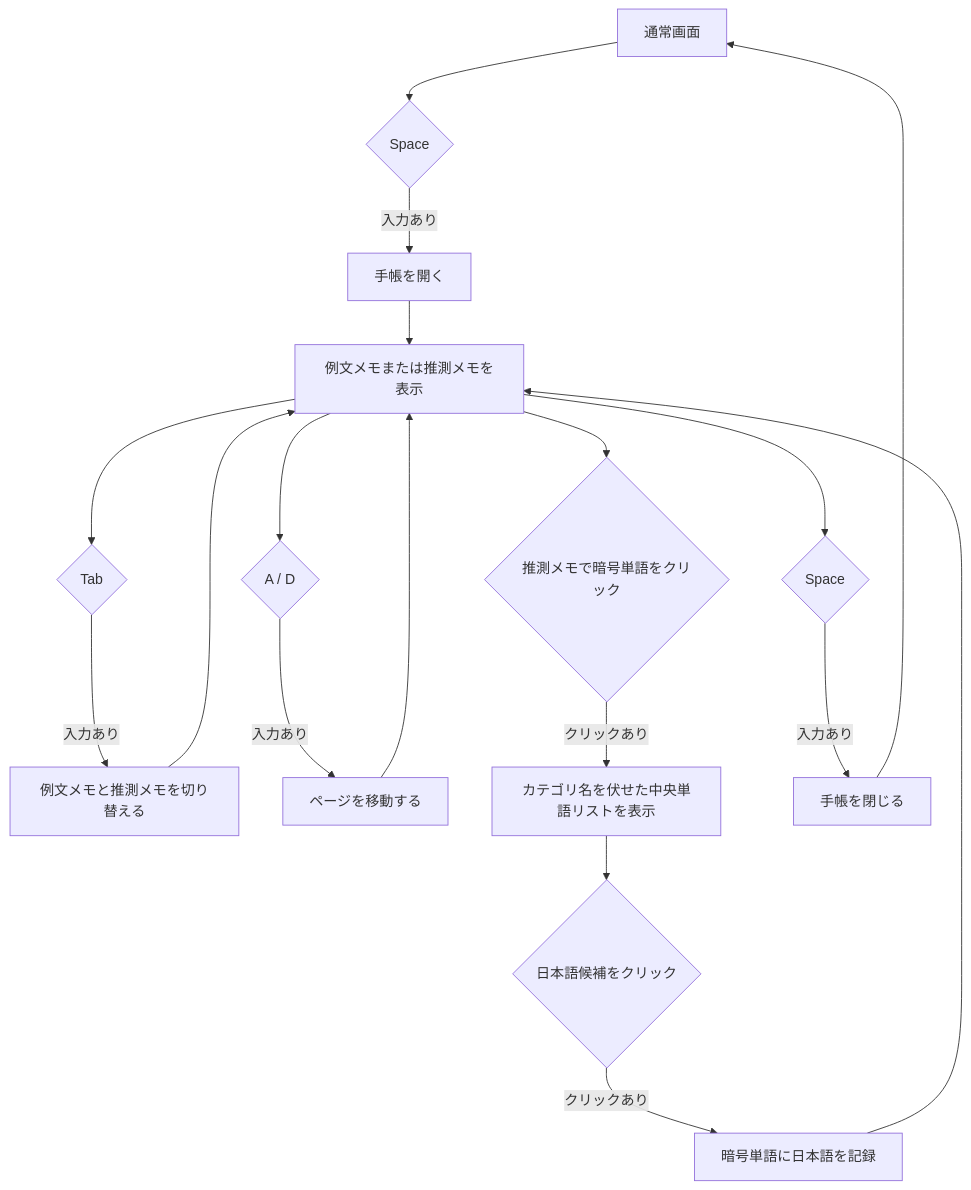
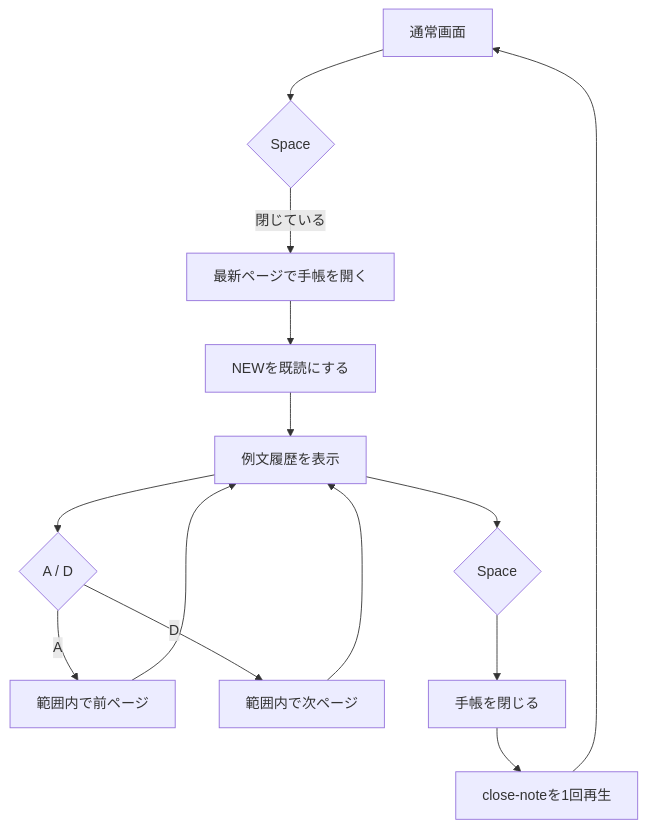
The sixth of 13 diagrams in docs/project-flow.md (lycanthr0pes/language-deciphering-game), drawn with Mermaid before and after one commit. The commit also changed other lines of this file and 12 other files, not shown here.

````diff
--- a/docs/project-flow.md
+++ b/docs/project-flow.md
@@ -141,20 +129,16 @@
 ```mermaid
 flowchart TD
     A[通常画面] --> B{Space}
-    B -->|入力あり| C[手帳を開く]
-    C --> D[例文メモまたは推測メモを表示]
-    D --> E{Tab}
-    E -->|入力あり| F[例文メモと推測メモを切り替える]
-    F --> D
-    D --> G{A / D}
-    G -->|入力あり| H[ページを移動する]
-    H --> D
-    D --> I{推測メモで暗号単語をクリック}
-    I -->|クリックあり| J[カテゴリ名を伏せた中央単語リストを表示]
-    J --> K{日本語候補をクリック}
-    K -->|クリックあり| L[暗号単語に日本語を記録]
-    L --> D
-    D --> M{Space}
-    M -->|入力あり| N[手帳を閉じる]
-    N --> A
+    B -->|閉じている| C[最新ページで手帳を開く]
+    C --> D[NEWを既読にする]
+    D --> E[例文履歴を表示]
+    E --> F{A / D}
+    F -->|A| G[範囲内で前ページ]
+    F -->|D| H[範囲内で次ページ]
+    G --> E
+    H --> E
+    E --> I{Space}
+    I --> J[手帳を閉じる]
+    J --> K[close-noteを1回再生]
+    K --> A
 ```
````
